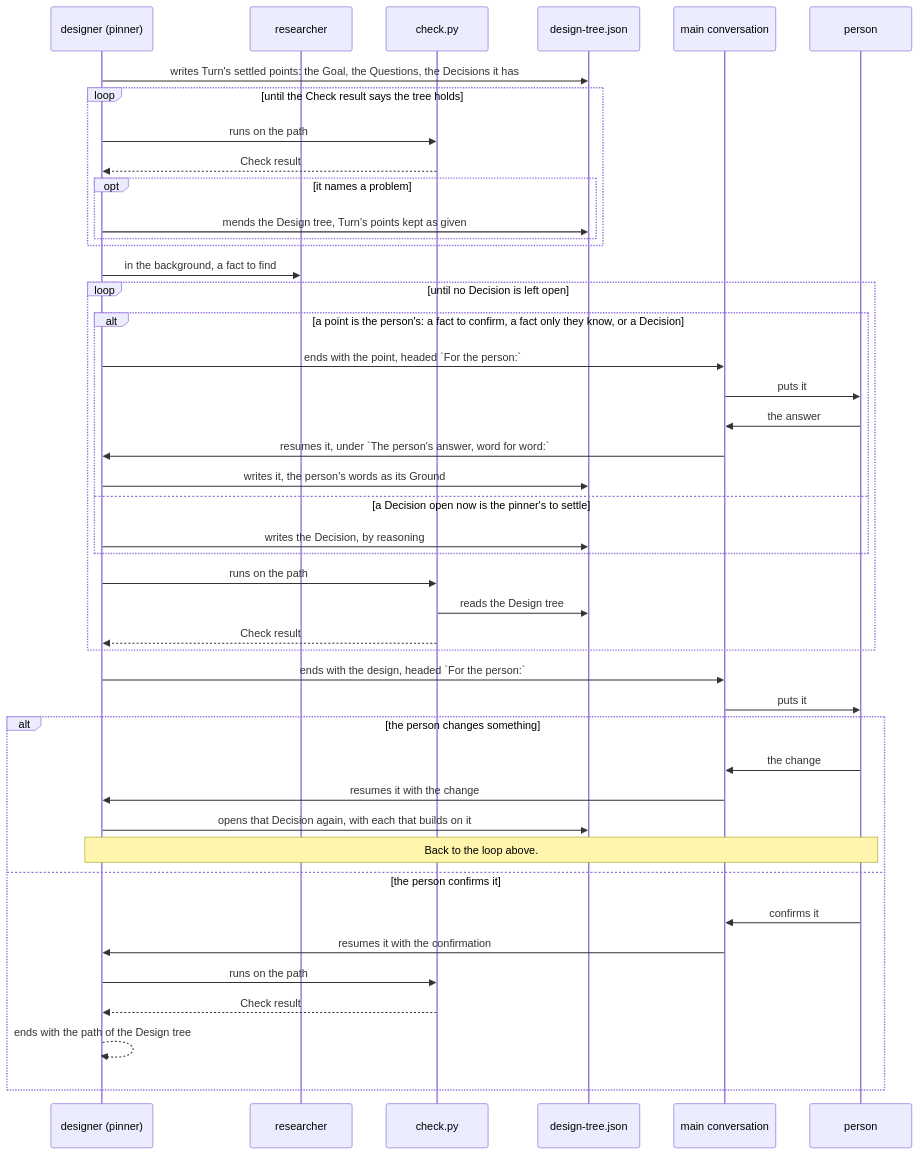
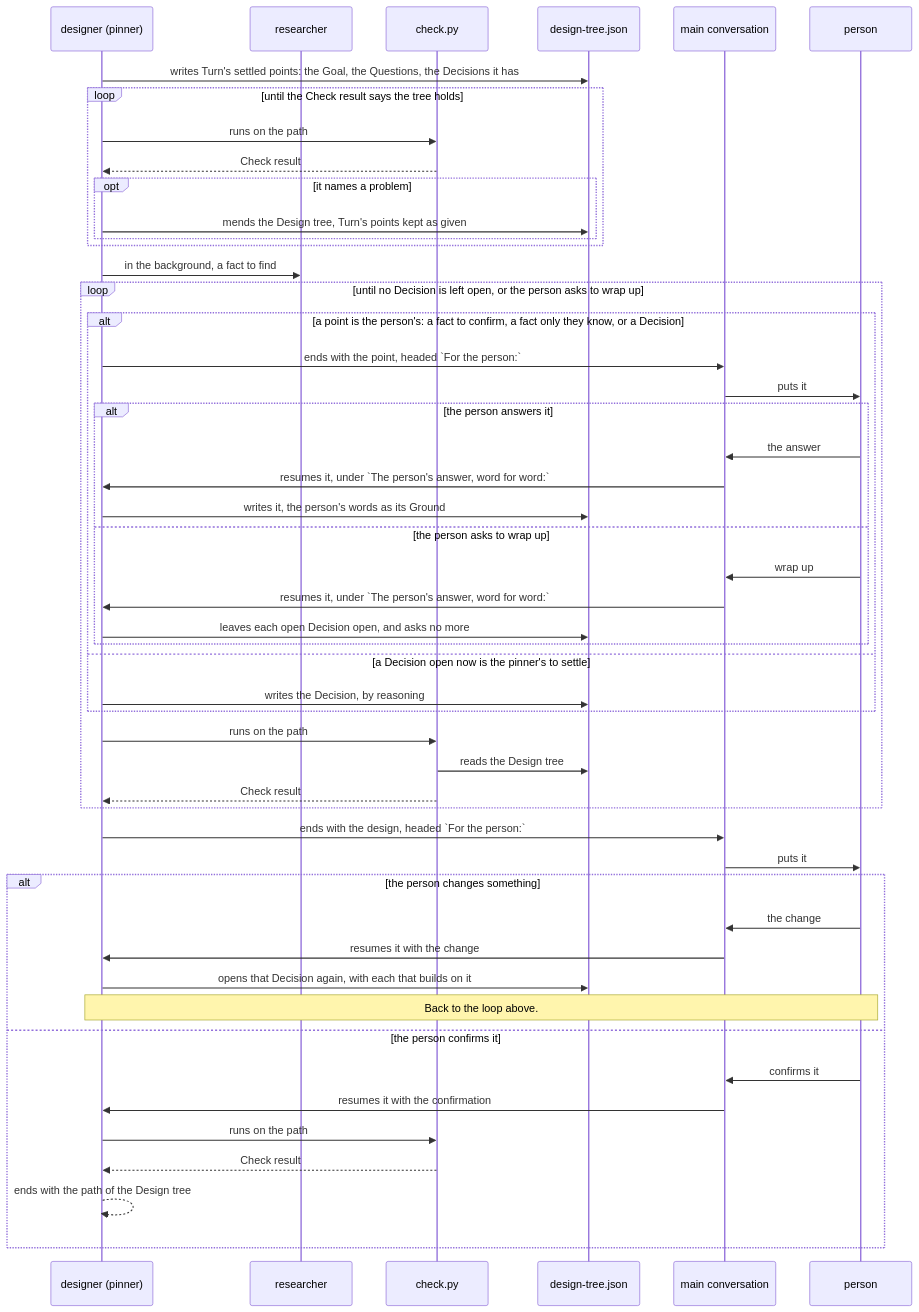
One commit to lovaizu/ccpm changed the fourth of 6 diagrams in dev/pin/architecture.md. Above: the diagram before and after it, drawn with Mermaid. The commit also changed other lines of this file and 6 other files, not shown here.

````diff
--- a/dev/pin/architecture.md
+++ b/dev/pin/architecture.md
@@ -267,46 +267,52 @@
 ```mermaid
 sequenceDiagram
   participant D as designer (pinner)
   participant R as researcher
   participant C as check.py
   participant T as design-tree.json
   participant M as main conversation
   participant P as person
   D->>T: writes Turn's settled points: the Goal, the Questions, the Decisions it has
   loop until the Check result says the tree holds
     D->>C: runs on the path
     C-->>D: Check result
     opt it names a problem
       D->>T: mends the Design tree, Turn's points kept as given
     end
   end
   D->>R: in the background, a fact to find
-  loop until no Decision is left open
+  loop until no Decision is left open, or the person asks to wrap up
     alt a point is the person's: a fact to confirm, a fact only they know, or a Decision
       D->>M: ends with the point, headed `For the person:`
       M->>P: puts it
-      P->>M: the answer
-      M->>D: resumes it, under `The person's answer, word for word:`
-      D->>T: writes it, the person's words as its Ground
+      alt the person answers it
+        P->>M: the answer
+        M->>D: resumes it, under `The person's answer, word for word:`
+        D->>T: writes it, the person's words as its Ground
+      else the person asks to wrap up
+        P->>M: wrap up
+        M->>D: resumes it, under `The person's answer, word for word:`
+        D->>T: leaves each open Decision open, and asks no more
+      end
     else a Decision open now is the pinner's to settle
       D->>T: writes the Decision, by reasoning
     end
     D->>C: runs on the path
     C->>T: reads the Design tree
     C-->>D: Check result
   end
   D->>M: ends with the design, headed `For the person:`
   M->>P: puts it
   alt the person changes something
     P->>M: the change
     M->>D: resumes it with the change
     D->>T: opens that Decision again, with each that builds on it
     Note over D,P: Back to the loop above.
   else the person confirms it
     P->>M: confirms it
     M->>D: resumes it with the confirmation
     D->>C: runs on the path
     C-->>D: Check result
     D-->>D: ends with the path of the Design tree
   end
 ```
````
